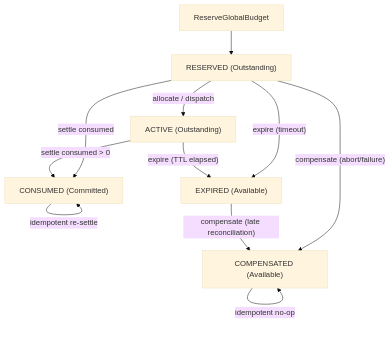
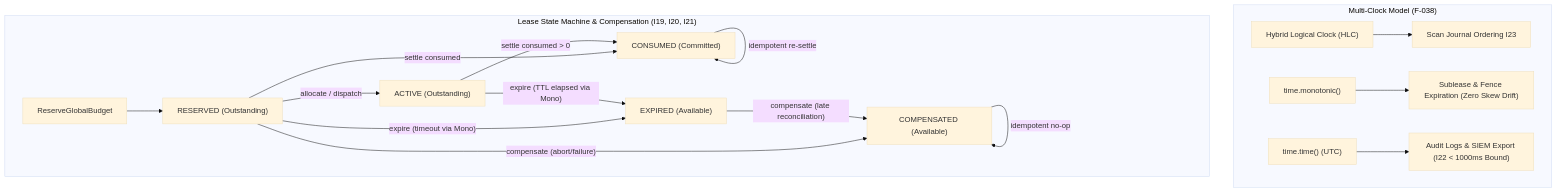
One commit to AviralGup7/Singularity-Zero changed the fifth of 14 diagrams in docs/flowchart.md. Above: the diagram before and after it, drawn with Mermaid (base theme). The commit also changed other lines of this file, not shown here.

````diff
--- a/docs/flowchart.md
+++ b/docs/flowchart.md
@@ -286,13 +323,21 @@
 ```mermaid
 flowchart TD
-    Reserve["ReserveGlobalBudget"]:::impl --> RESERVED["RESERVED (Outstanding)"]:::impl
-    RESERVED -->|"allocate / dispatch"| ACTIVE["ACTIVE (Outstanding)"]:::impl
-    RESERVED -->|"expire (timeout)"| EXPIRED["EXPIRED (Available)"]:::impl
-    RESERVED -->|"compensate (abort/failure)"| COMPENSATED["COMPENSATED (Available)"]:::impl
-    RESERVED -->|"settle consumed"| CONSUMED["CONSUMED (Committed)"]:::impl
-    ACTIVE -->|"settle consumed > 0"| CONSUMED
-    ACTIVE -->|"expire (TTL elapsed)"| EXPIRED
-    EXPIRED -->|"compensate (late reconciliation)"| COMPENSATED
-    CONSUMED -->|"idempotent re-settle"| CONSUMED
-    COMPENSATED -->|"idempotent no-op"| COMPENSATED
+    subgraph ClockModel["Multi-Clock Model (F-038)"]
+        HLC["Hybrid Logical Clock (HLC)"]:::impl --> EventOrder["Scan Journal Ordering I23"]:::impl
+        Mono["time.monotonic()"]:::impl --> LeaseTTL["Sublease & Fence Expiration (Zero Skew Drift)"]:::impl
+        Wall["time.time() (UTC)"]:::impl --> AuditTime["Audit Logs & SIEM Export (I22 < 1000ms Bound)"]:::impl
+    end
+
+    subgraph LeaseFSM["Lease State Machine & Compensation (I19, I20, I21)"]
+        Reserve["ReserveGlobalBudget"]:::impl --> RESERVED["RESERVED (Outstanding)"]:::impl
+        RESERVED -->|"allocate / dispatch"| ACTIVE["ACTIVE (Outstanding)"]:::impl
+        RESERVED -->|"expire (timeout via Mono)"| EXPIRED["EXPIRED (Available)"]:::impl
+        RESERVED -->|"compensate (abort/failure)"| COMPENSATED["COMPENSATED (Available)"]:::impl
+        RESERVED -->|"settle consumed"| CONSUMED["CONSUMED (Committed)"]:::impl
+        ACTIVE -->|"settle consumed > 0"| CONSUMED
+        ACTIVE -->|"expire (TTL elapsed via Mono)"| EXPIRED
+        EXPIRED -->|"compensate (late reconciliation)"| COMPENSATED
+        CONSUMED -->|"idempotent re-settle"| CONSUMED
+        COMPENSATED -->|"idempotent no-op"| COMPENSATED
+    end
 ```
````
